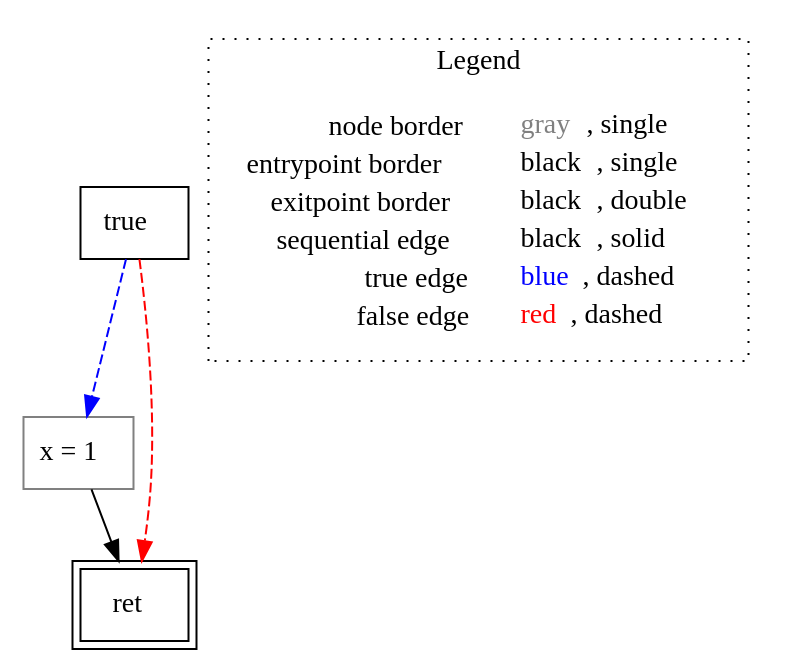
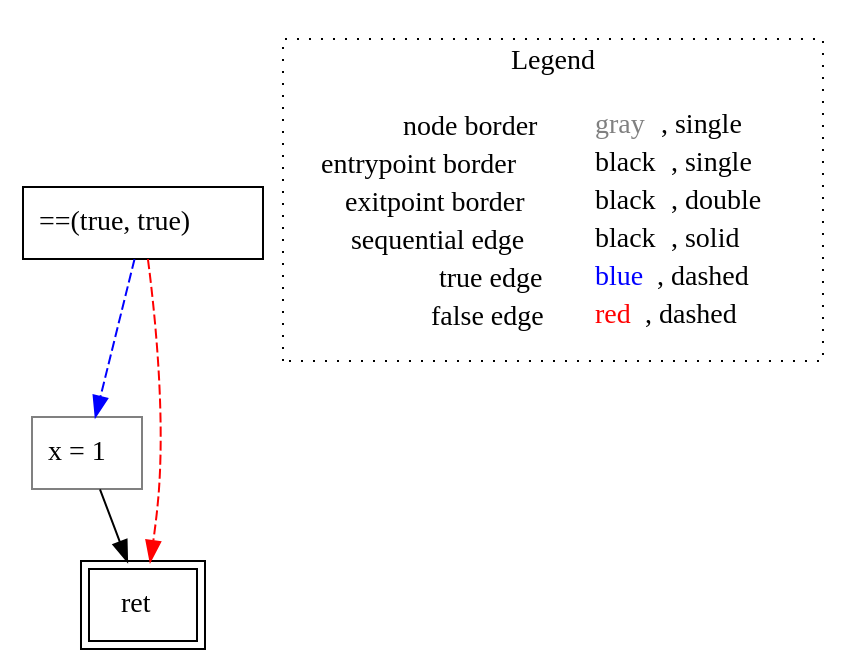
The diagram in rust-lisa/rust-testcases/cfg/simple-if/untyped_rust-testcases_cfg_simple-if_simple-if.rs.main().dot (VincenzoArceri/rust-lisa), drawn with Graphviz before and after one commit. The commit also changed 5 other files, not shown here.

```diff
--- a/rust-lisa/rust-testcases/cfg/simple-if/untyped_rust-testcases_cfg_simple-if_simple-if.rs.main().dot
+++ b/rust-lisa/rust-testcases/cfg/simple-if/untyped_rust-testcases_cfg_simple-if_simple-if.rs.main().dot
@@ -1,15 +1,15 @@
 digraph {
-	"node0" [shape="rect",color="black",label=<true>];
+	"node0" [shape="rect",color="black",label=<==(true, true)>];
 	"node1" [shape="rect",color="gray",label=<x = 1>];
 	"node2" [shape="rect",color="black",peripheries="2",label=<ret>];
+	"node1" -> "node2" [color="black"];
 	"node0" -> "node1" [color="blue",style="dashed"];
 	"node0" -> "node2" [color="red",style="dashed"];
-	"node1" -> "node2" [color="black"];
 subgraph cluster_legend {
 	label="Legend";
 	style=dotted;
 	node [shape=plaintext];
 	"legend" [label=<<table border="0" cellpadding="2" cellspacing="0" cellborder="0"><tr><td align="right">node border&nbsp;</td><td align="left"><font color="gray">gray</font>, single</td></tr><tr><td align="right">entrypoint border&nbsp;</td><td align="left"><font color="black">black</font>, single</td></tr><tr><td align="right">exitpoint border&nbsp;</td><td align="left"><font color="black">black</font>, double</td></tr><tr><td align="right">sequential edge&nbsp;</td><td align="left"><font color="black">black</font>, solid</td></tr><tr><td align="right">true edge&nbsp;</td><td align="left"><font color="blue">blue</font>, dashed</td></tr><tr><td align="right">false edge&nbsp;</td><td align="left"><font color="red">red</font>, dashed</td></tr></table>>];
 }
 
 }
```
